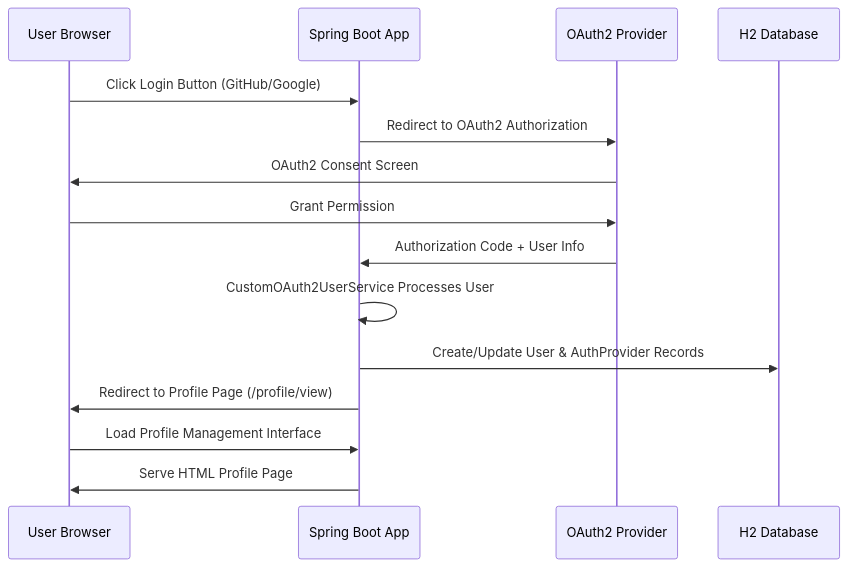
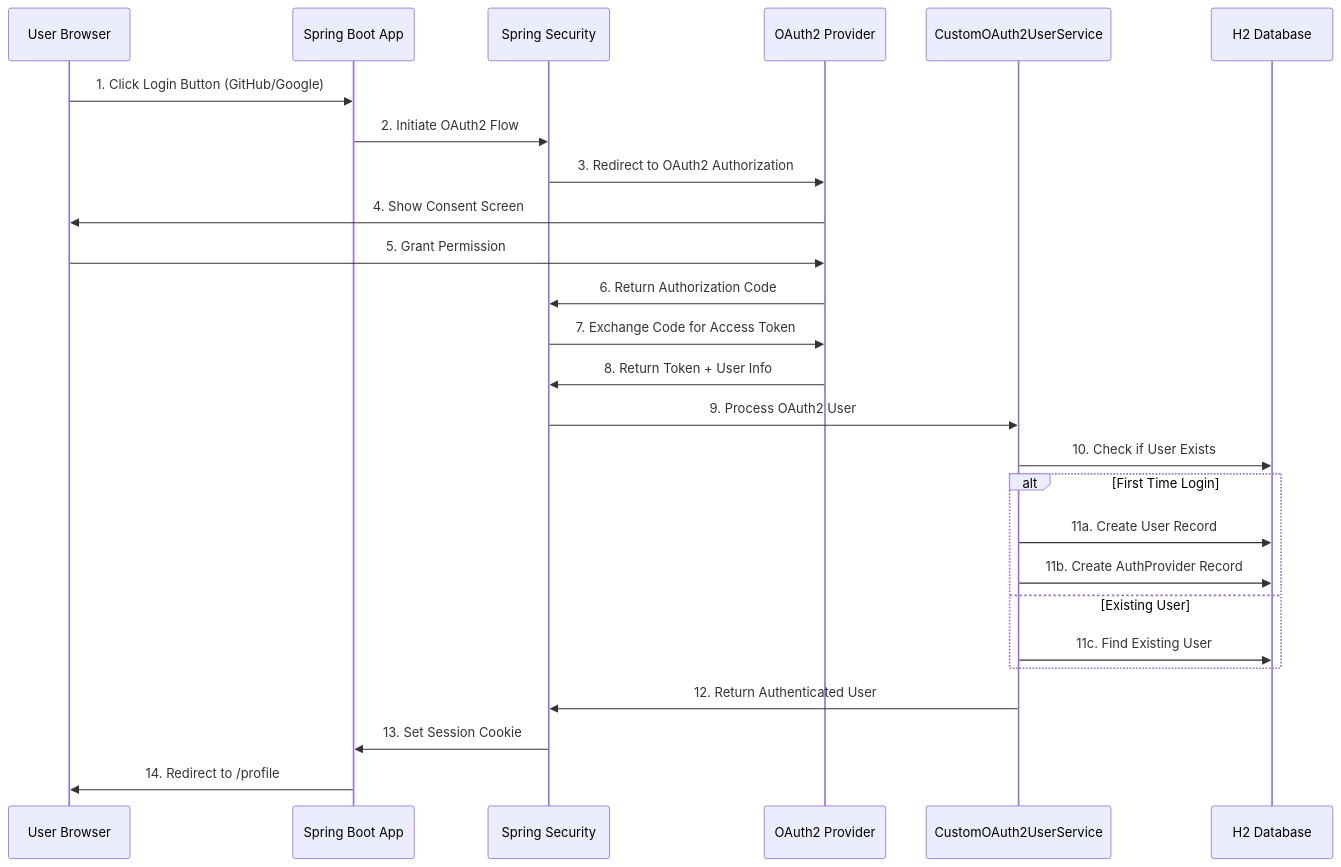
Before and after one commit to IamJesssie/Spring-Oauth2-Profile: the second of 7 diagrams in ARCHITECTURE.md, drawn with Mermaid. The commit also changed other lines of this file and 4 other files, not shown here.

Commit message:
Refactor user profile management to use server-side rendering with Thymeleaf; update profile endpoint to handle form submissions and redirect; enhance README with architecture details and flow diagrams; remove unnecessary JavaScript for profile updates.

````diff
--- a/ARCHITECTURE.md
+++ b/ARCHITECTURE.md
@@ -94,18 +108,31 @@
 ```mermaid
 sequenceDiagram
     participant U as User Browser
     participant A as Spring Boot App
+    participant S as Spring Security
     participant P as OAuth2 Provider
+    participant CS as CustomOAuth2UserService
     participant D as H2 Database
 
-    U->>A: Click Login Button (GitHub/Google)
-    A->>P: Redirect to OAuth2 Authorization
-    P->>U: OAuth2 Consent Screen
-    U->>P: Grant Permission
-    P->>A: Authorization Code + User Info
-    A->>A: CustomOAuth2UserService Processes User
-    A->>D: Create/Update User & AuthProvider Records
-    A->>U: Redirect to Profile Page (/profile/view)
-    U->>A: Load Profile Management Interface
-    A->>U: Serve HTML Profile Page
+    U->>A: 1. Click Login Button (GitHub/Google)
+    A->>S: 2. Initiate OAuth2 Flow
+    S->>P: 3. Redirect to OAuth2 Authorization
+    P->>U: 4. Show Consent Screen
+    U->>P: 5. Grant Permission
+    P->>S: 6. Return Authorization Code
+    S->>P: 7. Exchange Code for Access Token
+    P->>S: 8. Return Token + User Info
+    S->>CS: 9. Process OAuth2 User
+    CS->>D: 10. Check if User Exists
+    
+    alt First Time Login
+        CS->>D: 11a. Create User Record
+        CS->>D: 11b. Create AuthProvider Record
+    else Existing User
+        CS->>D: 11c. Find Existing User
+    end
+    
+    CS->>S: 12. Return Authenticated User
+    S->>A: 13. Set Session Cookie
+    A->>U: 14. Redirect to /profile
 ```
````
